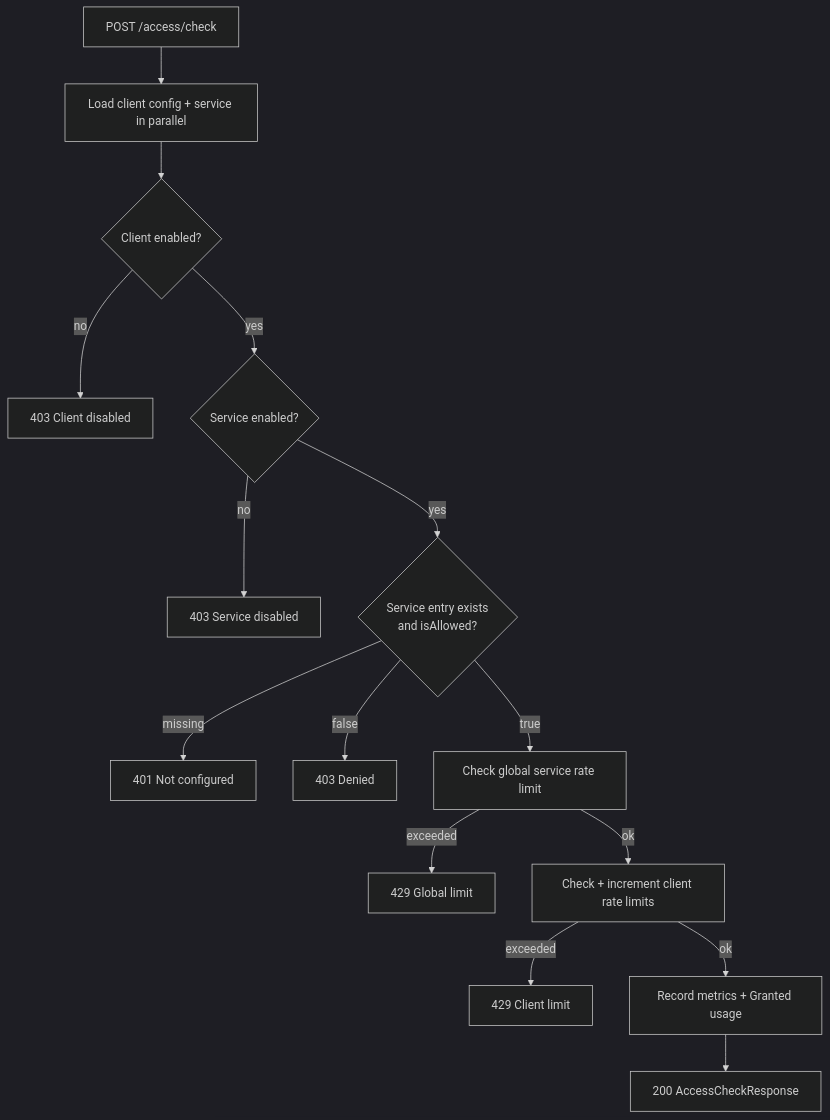
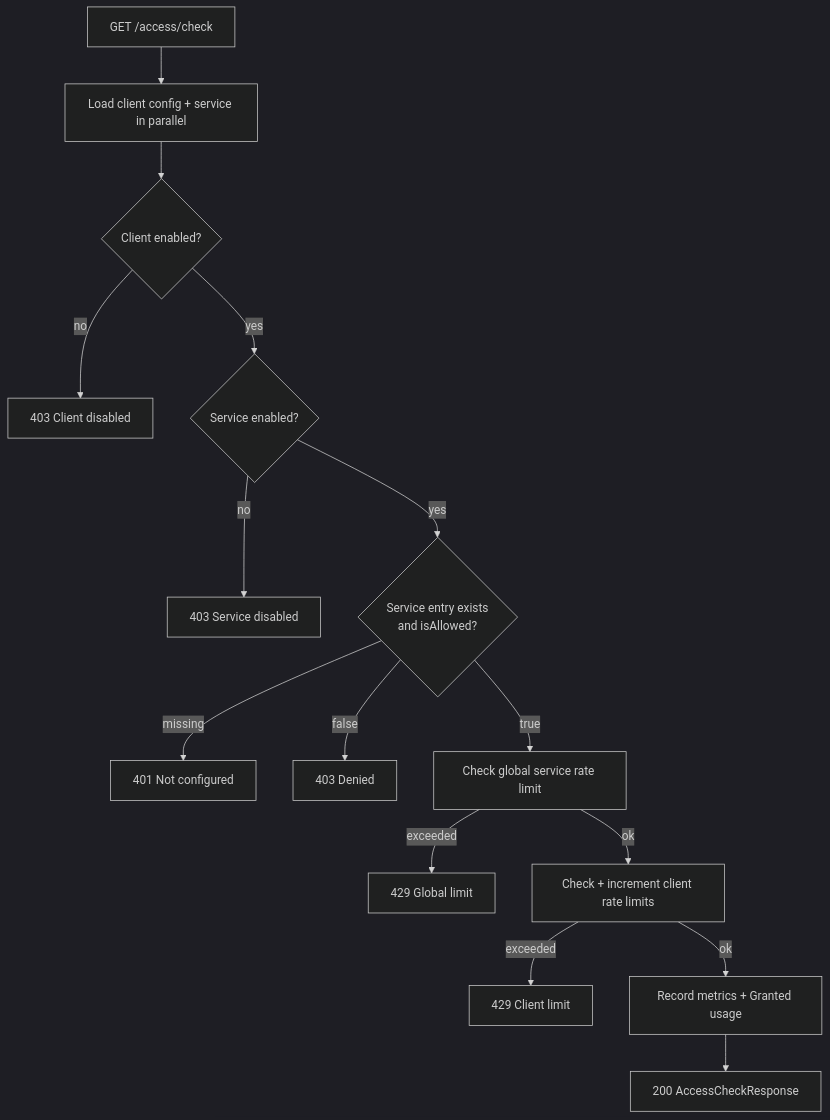
One commit to ShaharMS/ClientManager changed the first of 4 diagrams in docs/core/request-flow.md. Above: the diagram before and after it, drawn with Mermaid (dark theme). The commit also changed other lines of this file and 12 other files, not shown here.

````diff
--- a/docs/core/request-flow.md
+++ b/docs/core/request-flow.md
@@ -43,17 +40,17 @@
 ```mermaid
 flowchart TD
-    start[POST /access/check] --> load[Load client config + service in parallel]
+    start[GET /access/check] --> load[Load client config + service in parallel]
     load --> cEnabled{Client enabled?}
     cEnabled -->|no| e403a[403 Client disabled]
     cEnabled -->|yes| sEnabled{Service enabled?}
     sEnabled -->|no| e403b[403 Service disabled]
     sEnabled -->|yes| allowed{Service entry exists<br/>and isAllowed?}
     allowed -->|missing| e401[401 Not configured]
     allowed -->|false| e403c[403 Denied]
     allowed -->|true| gLimit[Check global service rate limit]
     gLimit -->|exceeded| e429a[429 Global limit]
     gLimit -->|ok| cLimit[Check + increment client rate limits]
     cLimit -->|exceeded| e429b[429 Client limit]
     cLimit -->|ok| record[Record metrics + Granted usage]
     record --> ok[200 AccessCheckResponse]
 ```
````
